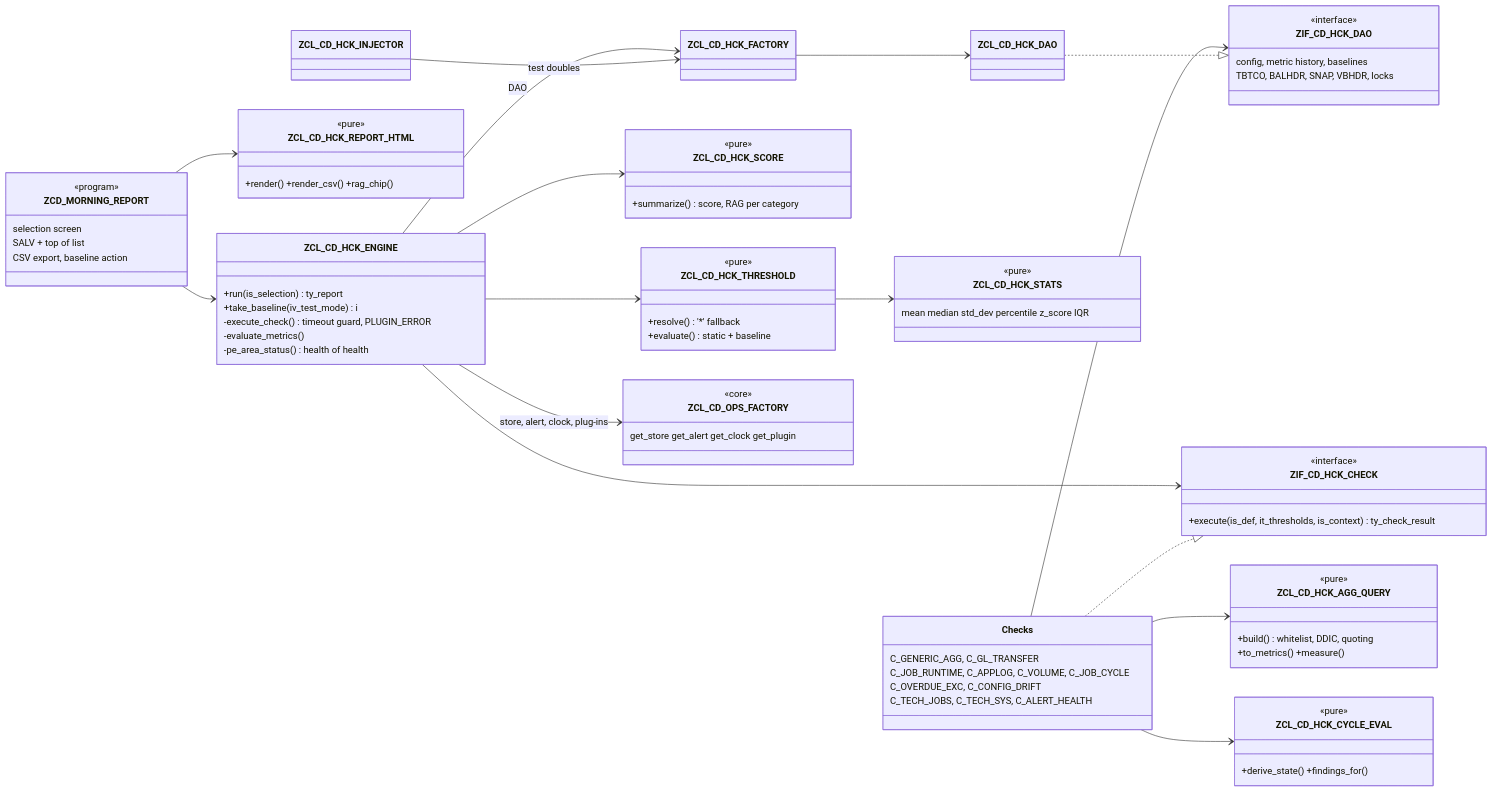
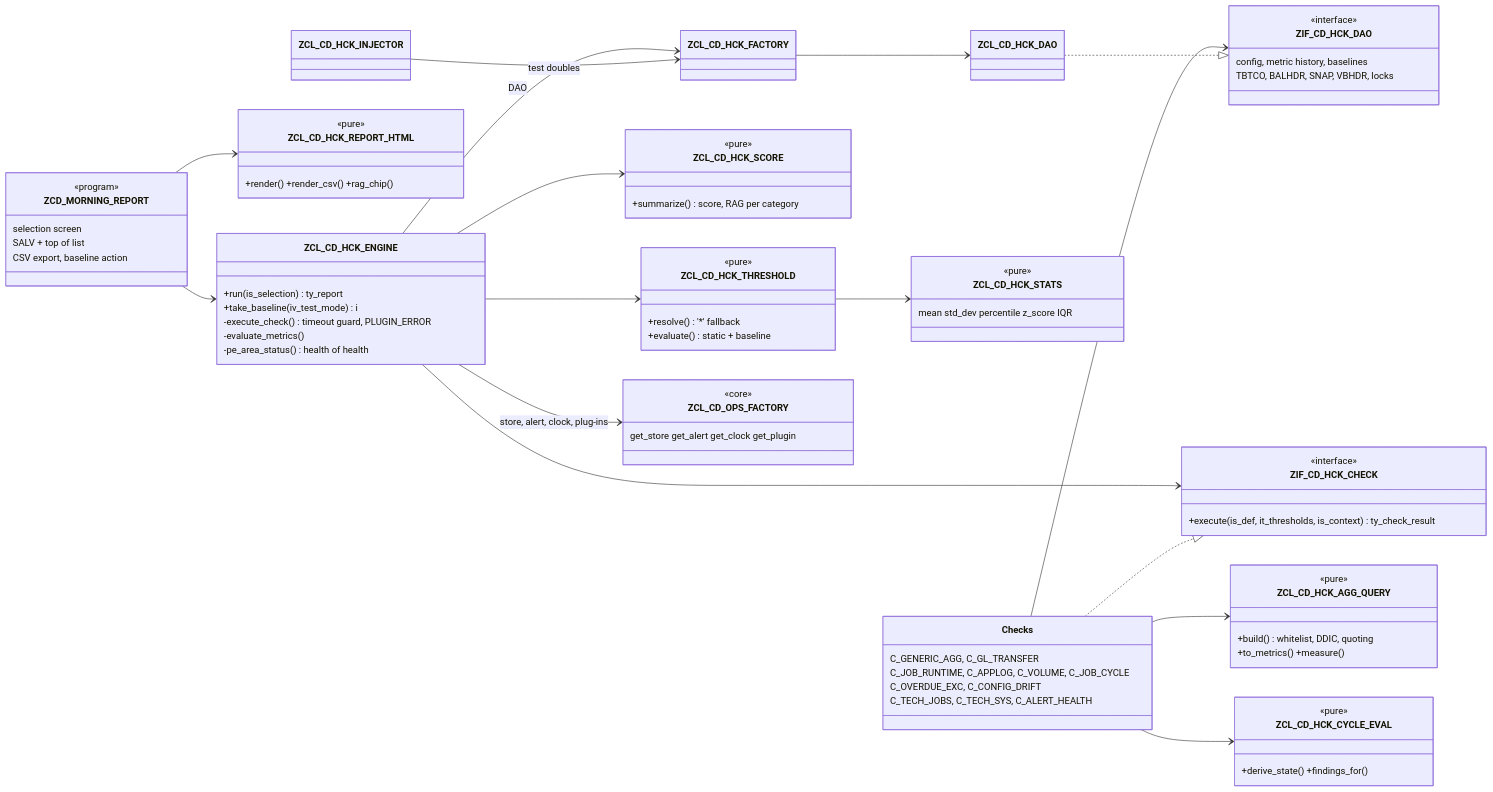
One commit to jaideep247/bai changed the first of 2 diagrams in ops-suite/docs/HCK_MORNING_REPORT.md. Above: the diagram before and after it, drawn with Mermaid. The commit also changed other lines of this file and 31 other files, not shown here.

````diff
--- a/ops-suite/docs/HCK_MORNING_REPORT.md
+++ b/ops-suite/docs/HCK_MORNING_REPORT.md
@@ -106,80 +106,80 @@
 ```mermaid
 classDiagram
   direction LR
   class ZCD_MORNING_REPORT {
     <<program>>
     selection screen
     SALV + top of list
     CSV export, baseline action
   }
   class ZCL_CD_HCK_ENGINE {
     +run(is_selection) ty_report
     +take_baseline(iv_test_mode) i
     -execute_check() timeout guard, PLUGIN_ERROR
     -evaluate_metrics()
     -pe_area_status() health of health
   }
   class ZIF_CD_HCK_CHECK {
     <<interface>>
     +execute(is_def, it_thresholds, is_context) ty_check_result
   }
   class ZIF_CD_HCK_DAO {
     <<interface>>
     config, metric history, baselines
     TBTCO, BALHDR, SNAP, VBHDR, locks
   }
   class ZCL_CD_HCK_DAO
   class ZCL_CD_HCK_THRESHOLD {
     <<pure>>
     +resolve() '*' fallback
     +evaluate() static + baseline
   }
   class ZCL_CD_HCK_STATS {
     <<pure>>
-    mean median std_dev percentile z_score IQR
+    mean std_dev percentile z_score IQR
   }
   class ZCL_CD_HCK_SCORE {
     <<pure>>
     +summarize() score, RAG per category
   }
   class ZCL_CD_HCK_CYCLE_EVAL {
     <<pure>>
     +derive_state() +findings_for()
   }
   class ZCL_CD_HCK_AGG_QUERY {
     <<pure>>
     +build() whitelist, DDIC, quoting
     +to_metrics() +measure()
   }
   class ZCL_CD_HCK_REPORT_HTML {
     <<pure>>
     +render() +render_csv() +rag_chip()
   }
   class ZCL_CD_HCK_FACTORY
   class ZCL_CD_HCK_INJECTOR
   class ZCL_CD_OPS_FACTORY {
     <<core>>
     get_store get_alert get_clock get_plugin
   }
   class Checks {
     C_GENERIC_AGG, C_GL_TRANSFER
     C_JOB_RUNTIME, C_APPLOG, C_VOLUME, C_JOB_CYCLE
     C_OVERDUE_EXC, C_CONFIG_DRIFT
     C_TECH_JOBS, C_TECH_SYS, C_ALERT_HEALTH
   }
   ZCD_MORNING_REPORT --> ZCL_CD_HCK_ENGINE
   ZCD_MORNING_REPORT --> ZCL_CD_HCK_REPORT_HTML
   ZCL_CD_HCK_ENGINE --> ZCL_CD_OPS_FACTORY : store, alert, clock, plug-ins
   ZCL_CD_HCK_ENGINE --> ZCL_CD_HCK_FACTORY : DAO
   ZCL_CD_HCK_ENGINE --> ZIF_CD_HCK_CHECK
   ZCL_CD_HCK_ENGINE --> ZCL_CD_HCK_THRESHOLD
   ZCL_CD_HCK_ENGINE --> ZCL_CD_HCK_SCORE
   ZCL_CD_HCK_THRESHOLD --> ZCL_CD_HCK_STATS
   Checks ..|> ZIF_CD_HCK_CHECK
   Checks --> ZIF_CD_HCK_DAO
   Checks --> ZCL_CD_HCK_AGG_QUERY
   Checks --> ZCL_CD_HCK_CYCLE_EVAL
   ZCL_CD_HCK_DAO ..|> ZIF_CD_HCK_DAO
   ZCL_CD_HCK_FACTORY --> ZCL_CD_HCK_DAO
   ZCL_CD_HCK_INJECTOR --> ZCL_CD_HCK_FACTORY : test doubles
 ```
````
